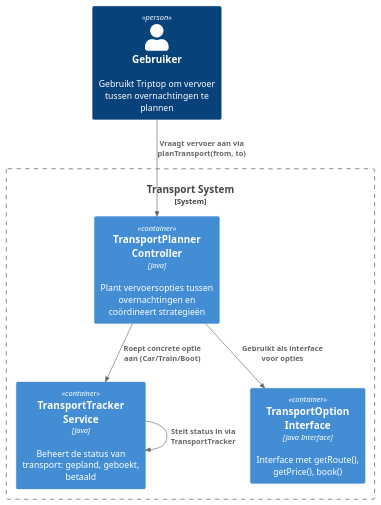
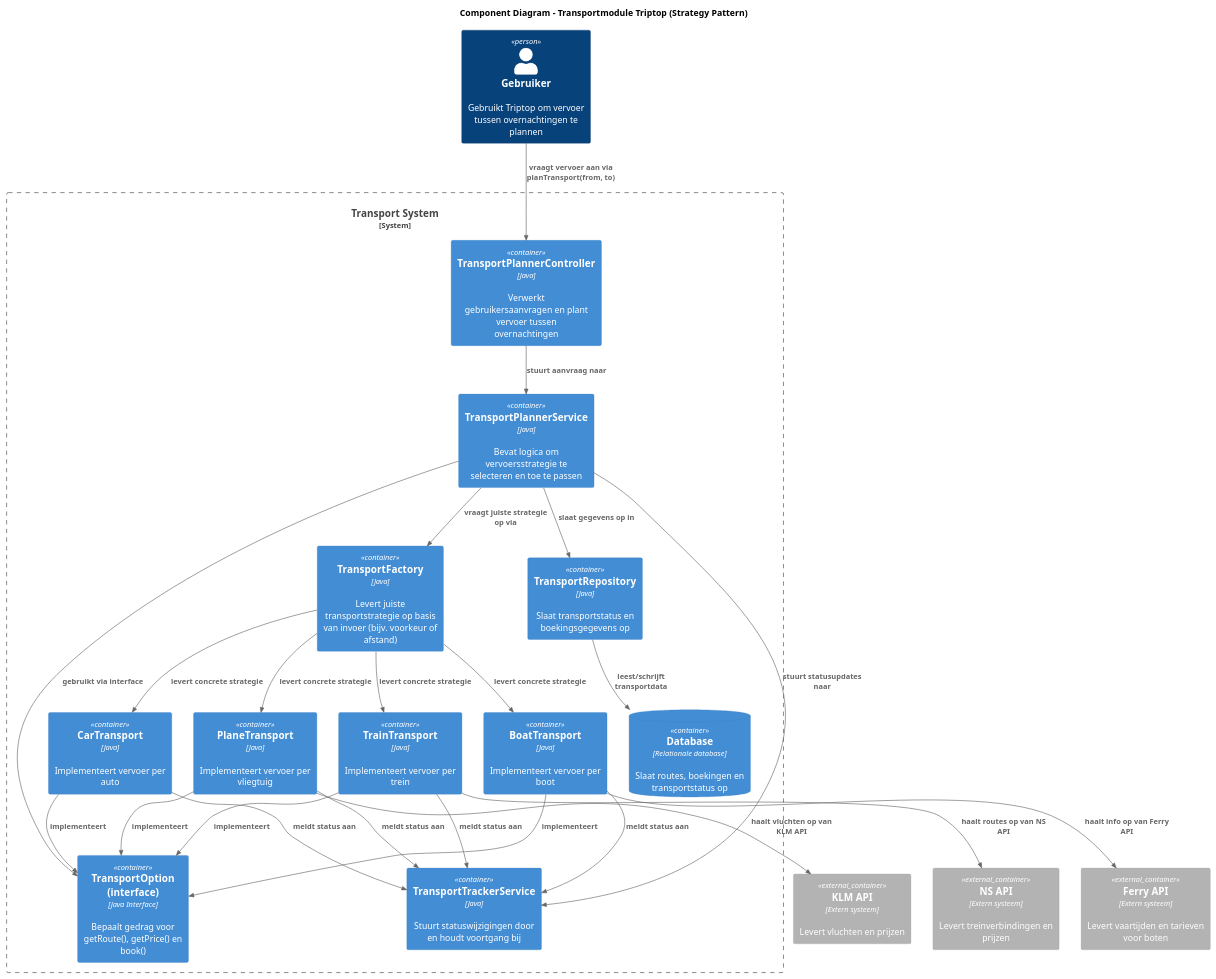
Before and after one commit to AIM-ENE-feb25/triptop-sqr-tech: the diagram in Presentatie W2/ComponentDiagrams/Rick component diagram.puml, drawn with PlantUML.

Commit message:
bijwewerking rick component diagram

```diff
--- a/Presentatie W2/ComponentDiagrams/Rick component diagram.puml
+++ b/Presentatie W2/ComponentDiagrams/Rick component diagram.puml
@@ -1,31 +1,70 @@
 @startuml
 !include https://raw.githubusercontent.com/plantuml-stdlib/C4-PlantUML/master/C4_Component.puml
+
+title Component Diagram – Transportmodule Triptop (Strategy Pattern)
 
 ' Actor
 Person(user, "Gebruiker", "Gebruikt Triptop om vervoer tussen overnachtingen te plannen")
 
 System_Boundary(transportSystem, "Transport System") {
 
   ' Controllers
-  Container(controller, "TransportPlanner Controller", "Java", "Plant vervoersopties tussen overnachtingen en coördineert strategieën")
+  Container(controller, "TransportPlannerController", "Java", "Verwerkt gebruikersaanvragen en plant vervoer tussen overnachtingen")
 
-  ' Services (Transportopties als services)
-  Container(service, "CarTransport", "Java", "Implementeert vervoer per auto: route, prijs en boeking")
-  Container(service, "TrainTransport", "Java", "Implementeert vervoer per trein: route, prijs en boeking")
-  Container(service, "BootTransport", "Java", "Implementeert vervoer per boot: route, prijs en boeking")
+  ' Services (businesslogica)
+  Container(service, "TransportPlannerService", "Java", "Bevat logica om vervoersstrategie te selecteren en toe te passen")
 
-  ' Interface
-  Container(interface, "TransportOption Interface", "Java Interface", "Interface met getRoute(), getPrice(), book()")
+  ' Factory
+  Container(factory, "TransportFactory", "Java", "Levert juiste transportstrategie op basis van invoer (bijv. voorkeur of afstand)")
 
-  ' Tracking/Status component
-  Container(service, "TransportTracker Service", "Java", "Beheert de status van transport: gepland, geboekt, betaald")
+  ' Transportstrategie-interface
+  Container(interface, "TransportOption (interface)", "Java Interface", "Bepaalt gedrag voor getRoute(), getPrice() en book()")
 
+  ' Concrete strategieën (implementaties)
+  Container(car, "CarTransport", "Java", "Implementeert vervoer per auto")
+  Container(train, "TrainTransport", "Java", "Implementeert vervoer per trein")
+  Container(boat, "BoatTransport", "Java", "Implementeert vervoer per boot")
+  Container(plane, "PlaneTransport", "Java", "Implementeert vervoer per vliegtuig")
+
+  ' Opslag en tracking
+  Container(repo, "TransportRepository", "Java", "Slaat transportstatus en boekingsgegevens op")
+  Container(tracker, "TransportTrackerService", "Java", "Stuurt statuswijzigingen door en houdt voortgang bij")
+
+  ' Database
+  ContainerDb(database, "Database", "Relationale database", "Slaat routes, boekingen en transportstatus op")
 }
 
+' Externe services (buiten het systeem!)
+Container_Ext(nsapi, "NS API", "Extern systeem", "Levert treinverbindingen en prijzen")
+Container_Ext(klmapi, "KLM API", "Extern systeem", "Levert vluchten en prijzen")
+Container_Ext(ferryapi, "Ferry API", "Extern systeem", "Levert vaartijden en tarieven voor boten")
+
 ' Relaties
-Rel(user, controller, "Vraagt vervoer aan via planTransport(from, to)")
-Rel(controller, interface, "Gebruikt als interface voor opties")
-Rel(controller, service, "Roept concrete optie aan (Car/Train/Boot)")
-Rel(service, service, "Stelt status in via TransportTracker")
+Rel(user, controller, "vraagt vervoer aan via planTransport(from, to)")
+Rel(controller, service, "stuurt aanvraag naar")
+Rel(service, factory, "vraagt juiste strategie op via")
+Rel(factory, car, "levert concrete strategie")
+Rel(factory, train, "levert concrete strategie")
+Rel(factory, boat, "levert concrete strategie")
+Rel(factory, plane, "levert concrete strategie")
+
+Rel(car, interface, "implementeert")
+Rel(train, interface, "implementeert")
+Rel(boat, interface, "implementeert")
+Rel(plane, interface, "implementeert")
+Rel(service, interface, "gebruikt via interface")
+
+Rel(service, repo, "slaat gegevens op in")
+Rel(repo, database, "leest/schrijft transportdata")
+Rel(service, tracker, "stuurt statusupdates naar")
+
+Rel(car, tracker, "meldt status aan")
+Rel(train, tracker, "meldt status aan")
+Rel(boat, tracker, "meldt status aan")
+Rel(plane, tracker, "meldt status aan")
+
+Rel(train, nsapi, "haalt routes op van NS API")
+Rel(boat, ferryapi, "haalt info op van Ferry API")
+Rel(plane, klmapi, "haalt vluchten op van KLM API")
 
 @enduml
```
